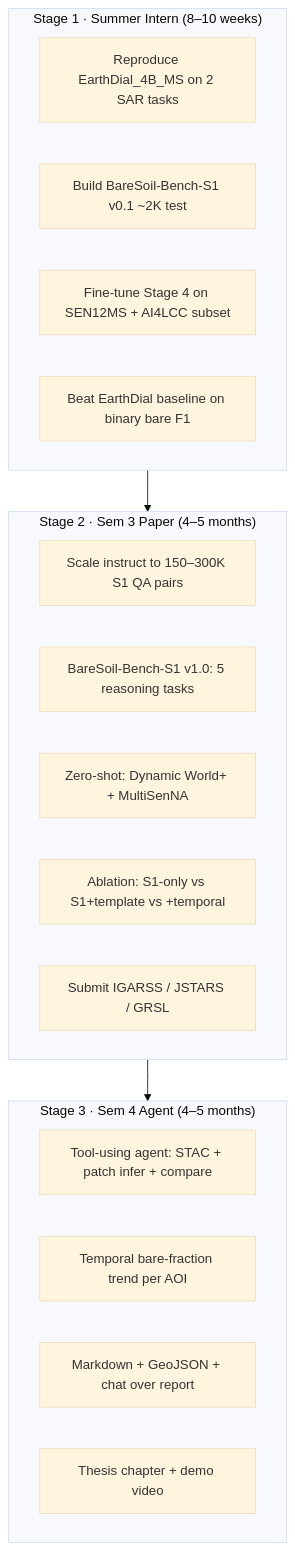
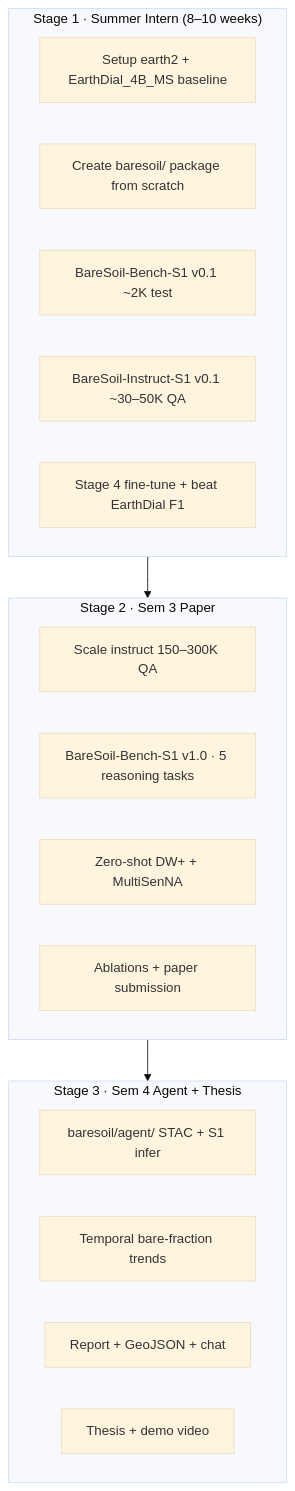
Before and after one commit to Riha-K/MTP: the first of 2 diagrams in ProjectStages.md, drawn with Mermaid (base theme). The commit also changed other lines of this file, not shown here.

````diff
--- a/ProjectStages.md
+++ b/ProjectStages.md
@@ -63,26 +57,26 @@
 ```mermaid
 flowchart TB
-    subgraph S1["Stage 1 · Summer Intern (8–10 weeks)"]
-        A1[Reproduce EarthDial_4B_MS on 2 SAR tasks]
-        A2[Build BareSoil-Bench-S1 v0.1 ~2K test]
-        A3[Fine-tune Stage 4 on SEN12MS + AI4LCC subset]
-        A4[Beat EarthDial baseline on binary bare F1]
+    subgraph ST1["Stage 1 · Summer Intern (8–10 weeks)"]
+        A1[Setup earth2 + EarthDial_4B_MS baseline]
+        A2[Create baresoil/ package from scratch]
+        A3[BareSoil-Bench-S1 v0.1 ~2K test]
+        A4[BareSoil-Instruct-S1 v0.1 ~30–50K QA]
+        A5[Stage 4 fine-tune + beat EarthDial F1]
     end
 
-    subgraph S2["Stage 2 · Sem 3 Paper (4–5 months)"]
-        B1[Scale instruct to 150–300K S1 QA pairs]
-        B2[BareSoil-Bench-S1 v1.0: 5 reasoning tasks]
-        B3[Zero-shot: Dynamic World+ + MultiSenNA]
-        B4[Ablation: S1-only vs S1+template vs +temporal]
-        B5[Submit IGARSS / JSTARS / GRSL]
+    subgraph ST2["Stage 2 · Sem 3 Paper"]
+        B1[Scale instruct 150–300K QA]
+        B2[BareSoil-Bench-S1 v1.0 · 5 reasoning tasks]
+        B3[Zero-shot DW+ + MultiSenNA]
+        B4[Ablations + paper submission]
     end
 
-    subgraph S3["Stage 3 · Sem 4 Agent (4–5 months)"]
-        C1[Tool-using agent: STAC + patch infer + compare]
-        C2[Temporal bare-fraction trend per AOI]
-        C3[Markdown + GeoJSON + chat over report]
-        C4[Thesis chapter + demo video]
+    subgraph ST3["Stage 3 · Sem 4 Agent + Thesis"]
+        C1[baresoil/agent/ STAC + S1 infer]
+        C2[Temporal bare-fraction trends]
+        C3[Report + GeoJSON + chat]
+        C4[Thesis + demo video]
     end
 
-    S1 --> S2 --> S3
+    ST1 --> ST2 --> ST3
 ```
````
